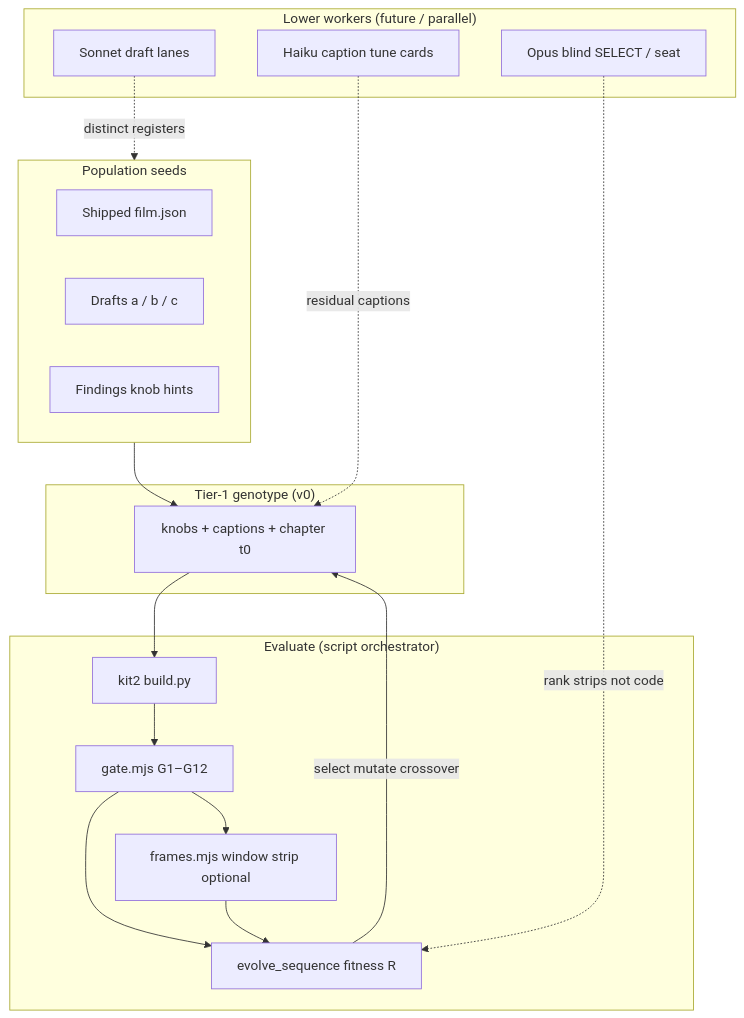
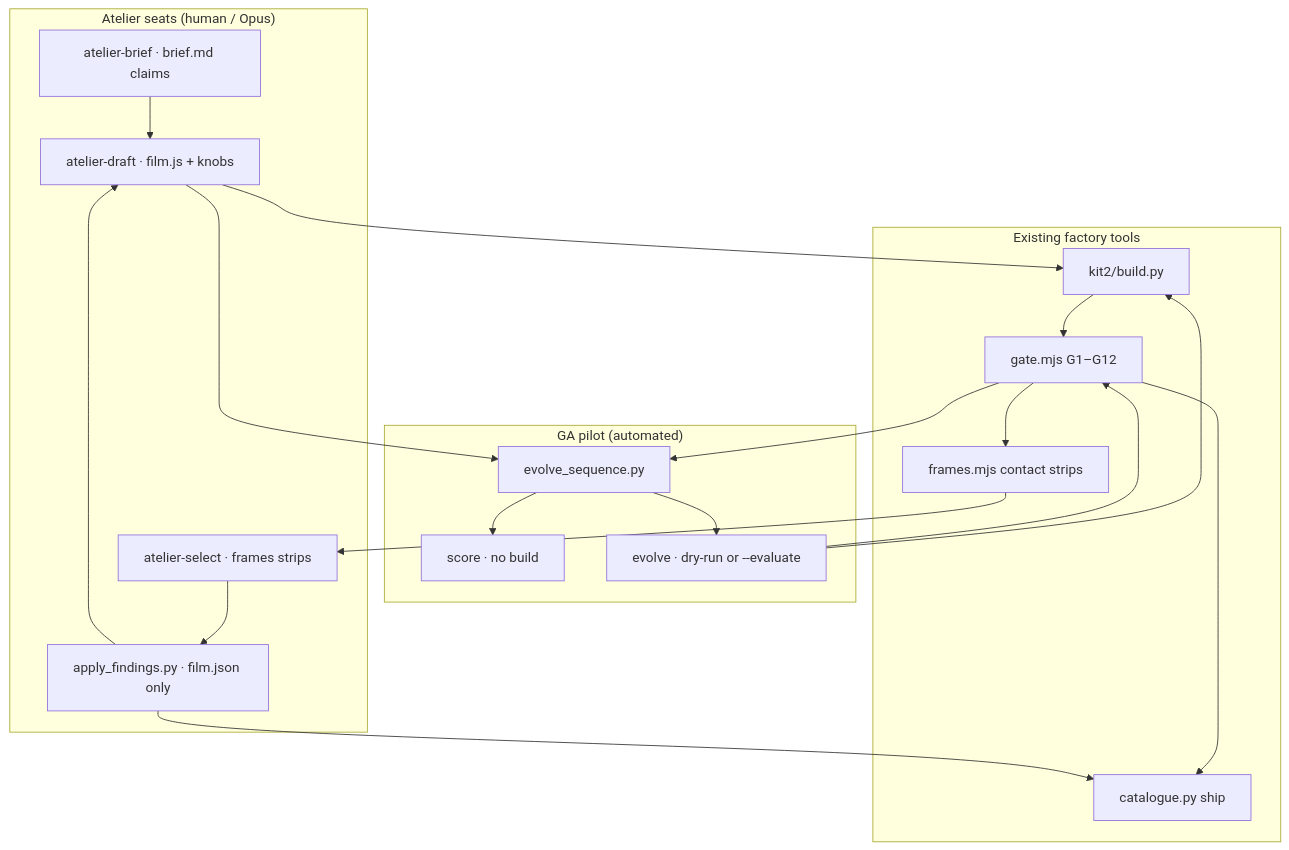
Before and after one commit to manutej/ceti-explainer: the second of 2 diagrams in docs/proofs/ga-storyboard-reward/WORKFLOW.md, drawn with Mermaid. The commit also changed other lines of this file and 6 other files, not shown here.

````diff
--- a/docs/proofs/ga-storyboard-reward/WORKFLOW.md
+++ b/docs/proofs/ga-storyboard-reward/WORKFLOW.md
@@ -33,29 +57,40 @@
 ```mermaid
 flowchart TB
-  subgraph seeds["Population seeds"]
-    S1[Shipped film.json]
-    S2[Drafts a / b / c]
-    S3[Findings knob hints]
+  subgraph human_atelier["Atelier seats (human / Opus)"]
+    BR[atelier-brief · brief.md claims]
+    DR[atelier-draft · film.js + knobs]
+    SL[atelier-select · frames strips]
+    AP[apply_findings.py · film.json only]
   end
-  subgraph tier1["Tier-1 genotype (v0)"]
-    K[knobs + captions + chapter t0]
+
+  subgraph automated["GA pilot (automated)"]
+    EV[evolve_sequence.py]
+    SC[score · no build]
+    EG[evolve · dry-run or --evaluate]
   end
-  subgraph eval["Evaluate (script orchestrator)"]
-    B[kit2 build.py]
-    G[gate.mjs G1–G12]
-    F[frames.mjs window strip optional]
-    R[evolve_sequence fitness R]
+
+  subgraph factory_tools["Existing factory tools"]
+    K2[kit2/build.py]
+    GA[gate.mjs G1–G12]
+    FR[frames.mjs contact strips]
+    CAT[catalogue.py ship]
   end
-  subgraph workers["Lower workers (future / parallel)"]
-    D[Sonnet draft lanes]
-    H[Haiku caption tune cards]
-    O[Opus blind SELECT / seat]
-  end
-  seeds --> K
-  K --> B --> G --> R
-  G --> F --> R
-  D -.->|distinct registers| seeds
-  H -.->|residual captions| K
-  O -.->|rank strips not code| R
-  R -->|select mutate crossover| K
+
+  BR --> DR
+  DR --> K2
+  K2 --> GA
+  GA --> FR
+  FR --> SL
+  SL --> AP
+  AP --> DR
+
+  DR --> EV
+  EV --> SC
+  EV --> EG
+  EG --> K2
+  EG --> GA
+  GA --> EV
+
+  GA --> CAT
+  AP --> CAT
 ```
````
